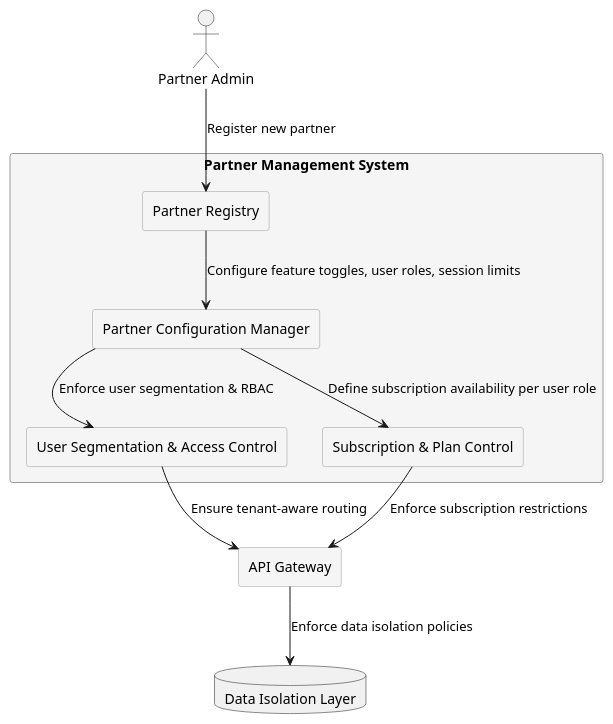
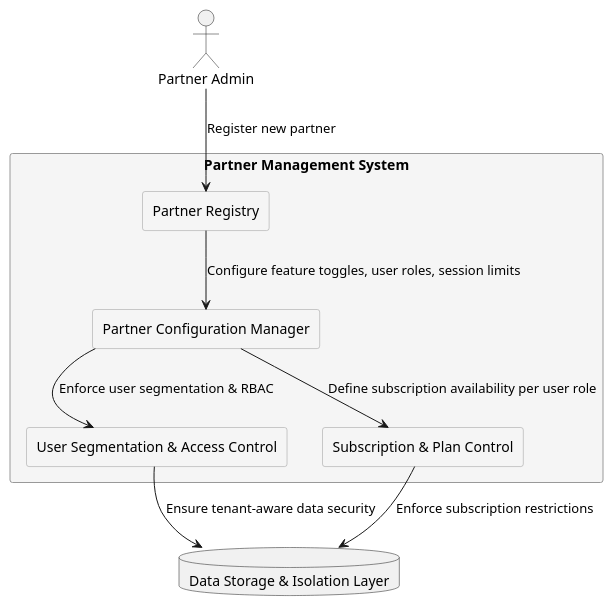
Before and after one commit to Lamhita/doctest: the diagram in docs/task1/architecture/partner_management.md, drawn with PlantUML. The commit also changed other lines of this file and 42 other files, not shown here.

````diff
--- a/docs/task1/architecture/partner_management.md
+++ b/docs/task1/architecture/partner_management.md
@@ -94,28 +87,26 @@
 ```plantuml
 @startuml
 skinparam rectangle {
   BackgroundColor #F5F5F5
   BorderColor #999999
 }
 
 actor "Partner Admin" as PA
 rectangle "Partner Management System" as PMS {
   rectangle "Partner Registry" as PR
   rectangle "Partner Configuration Manager" as PCM
   rectangle "User Segmentation & Access Control" as USE
   rectangle "Subscription & Plan Control" as SPC
 }
 
-rectangle "API Gateway" as APIGW
-database "Data Isolation Layer" as DIL
+database "Data Storage & Isolation Layer" as DIL
 
 PA --> PR : Register new partner
 PR --> PCM : Configure feature toggles, user roles, session limits
 PCM --> USE : Enforce user segmentation & RBAC
 PCM --> SPC : Define subscription availability per user role
-USE --> APIGW : Ensure tenant-aware routing
-SPC --> APIGW : Enforce subscription restrictions
-APIGW --> DIL : Enforce data isolation policies
+USE --> DIL : Ensure tenant-aware data security
+SPC --> DIL : Enforce subscription restrictions
 
 @enduml
 ```
````
